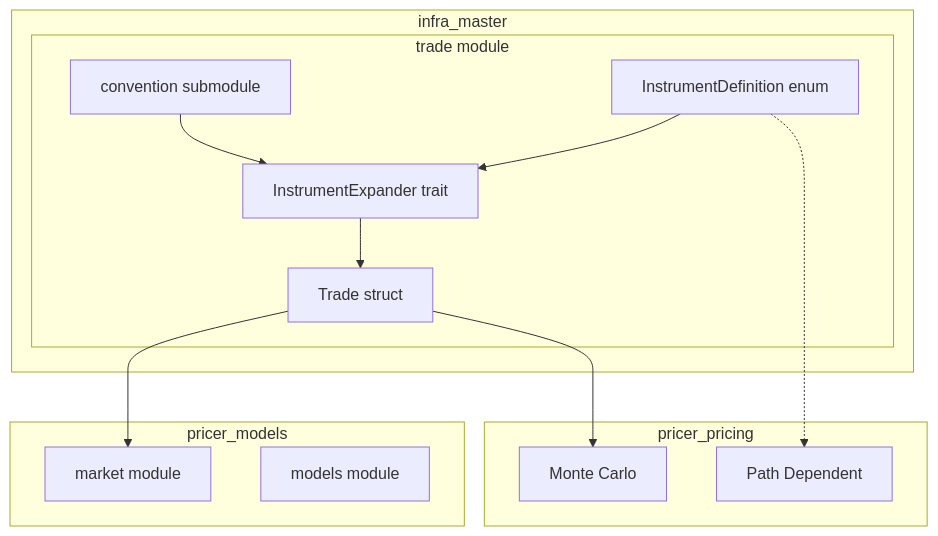
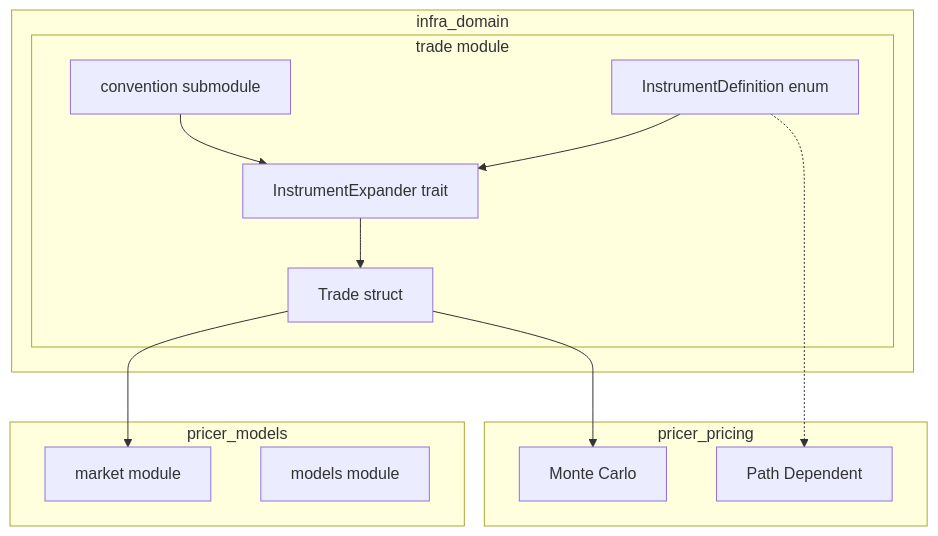
Before and after one commit to neutryx-lab/neutryx-rust: the first of 3 diagrams in .kiro/specs/standard-instrument-catalogue/design.md, drawn with Mermaid. The commit also changed other lines of this file and 303 other files, not shown here.

First line of the commit message:
Refactor imports from `infra_master` to `infra_domain`

````diff
--- a/.kiro/specs/standard-instrument-catalogue/design.md
+++ b/.kiro/specs/standard-instrument-catalogue/design.md
@@ -45,29 +45,29 @@
 ```mermaid
 graph TB
-    subgraph InfraMaster[infra_master]
+    subgraph InfraMaster[infra_domain]
         subgraph Trade[trade module]
             InstrumentDef[InstrumentDefinition enum]
             Convention[convention submodule]
             Expander[InstrumentExpander trait]
             TradeStruct[Trade struct]
 
             InstrumentDef --> Expander
             Convention --> Expander
             Expander --> TradeStruct
         end
     end
 
     subgraph PricerModels[pricer_models]
         Market[market module]
         Models[models module]
     end
 
     subgraph PricerPricing[pricer_pricing]
         MC[Monte Carlo]
         PathDep[Path Dependent]
     end
 
     TradeStruct --> Market
     TradeStruct --> MC
     InstrumentDef -.-> PathDep
 ```
````
